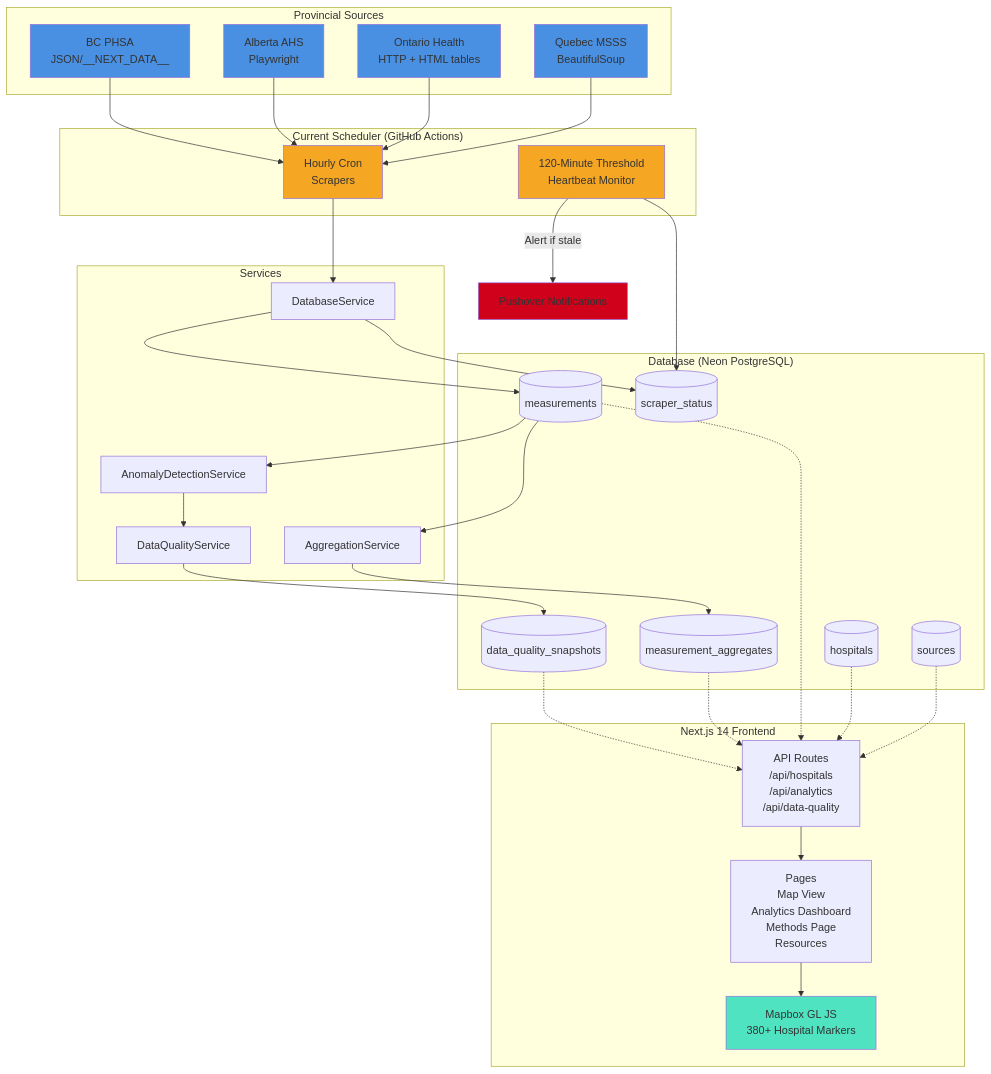
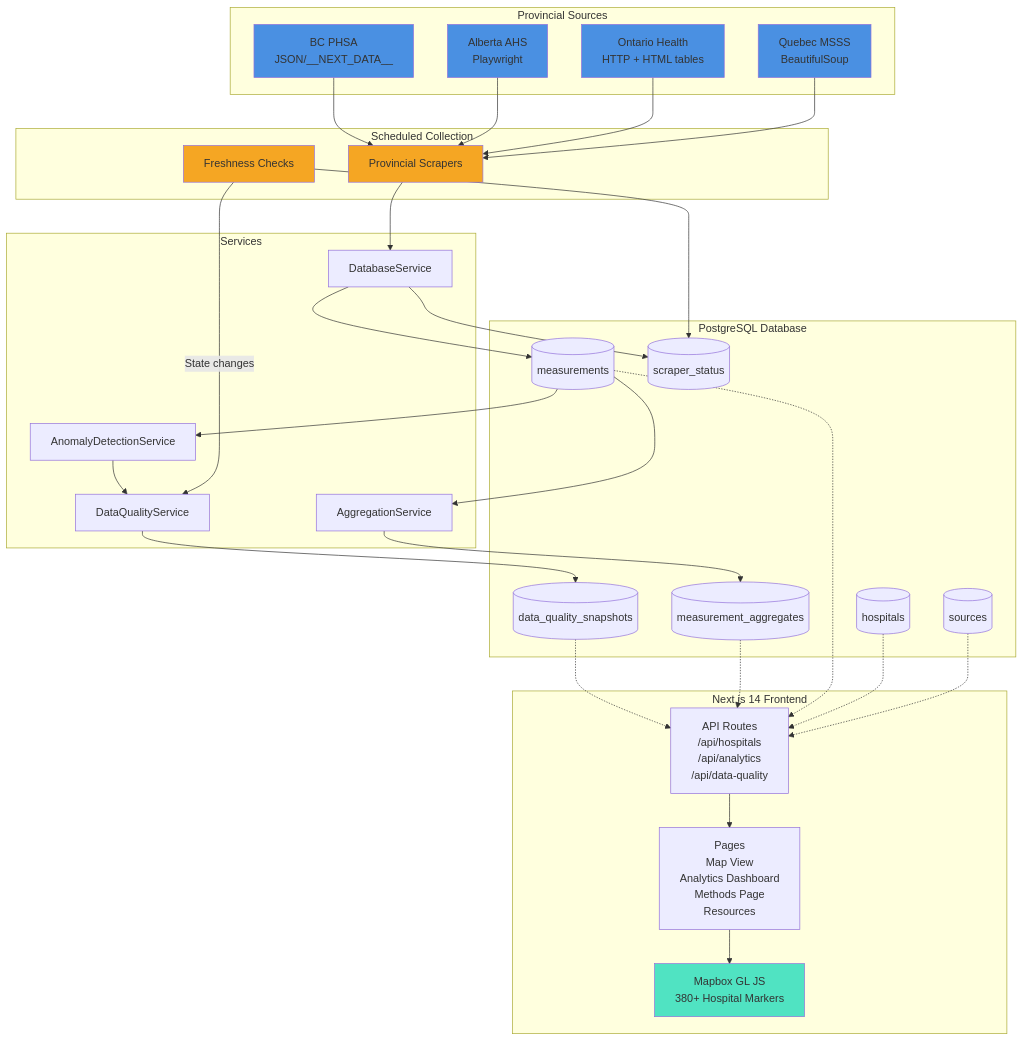
The diagram in README.md (jerdaw/waittimecanada), drawn with Mermaid before and after one commit. The commit also changed other lines of this file and 170 other files, not shown here.

````diff
--- a/README.md
+++ b/README.md
@@ -127,73 +129,72 @@
 ```mermaid
 graph TD
     subgraph "Provincial Sources"
         QC[Quebec MSSS<br/>BeautifulSoup]
         ON[Ontario Health<br/>HTTP + HTML tables]
         AB[Alberta AHS<br/>Playwright]
         BC[BC PHSA<br/>JSON/__NEXT_DATA__]
     end
 
-    subgraph "Current Scheduler (GitHub Actions)"
-        CRON[Hourly Cron<br/>Scrapers]
-        HB[120-Minute Threshold<br/>Heartbeat Monitor]
+    subgraph "Scheduled Collection"
+        CRON[Provincial Scrapers]
+        HB[Freshness Checks]
     end
 
-    subgraph "Database (Neon PostgreSQL)"
+    subgraph "PostgreSQL Database"
         SOURCES[(sources)]
         HOSPITALS[(hospitals)]
         MEASUREMENTS[(measurements)]
         AGGREGATES[(measurement_aggregates)]
         QUALITY[(data_quality_snapshots)]
         STATUS[(scraper_status)]
     end
 
     subgraph "Next.js 14 Frontend"
         API[API Routes<br/>/api/hospitals<br/>/api/analytics<br/>/api/data-quality]
         PAGES[Pages<br/>Map View<br/>Analytics Dashboard<br/>Methods Page<br/>Resources]
         MAP[Mapbox GL JS<br/>380+ Hospital Markers]
     end
 
     subgraph "Services"
         DB_SVC[DatabaseService]
         AGG_SVC[AggregationService]
         DQ_SVC[DataQualityService]
         ANOM_SVC[AnomalyDetectionService]
     end
 
     QC --> CRON
     ON --> CRON
     AB --> CRON
     BC --> CRON
 
     CRON --> DB_SVC
     DB_SVC --> MEASUREMENTS
     DB_SVC --> STATUS
 
     HB --> STATUS
-    HB -->|Alert if stale| PUSHOVER[Pushover Notifications]
+    HB -->|State changes| DQ_SVC
 
     MEASUREMENTS --> AGG_SVC
     AGG_SVC --> AGGREGATES
 
     MEASUREMENTS --> ANOM_SVC
     ANOM_SVC --> DQ_SVC
     DQ_SVC --> QUALITY
 
     SOURCES -.-> API
     HOSPITALS -.-> API
     MEASUREMENTS -.-> API
     AGGREGATES -.-> API
     QUALITY -.-> API
 
     API --> PAGES
     PAGES --> MAP
 
     style QC fill:#4A90E2
     style ON fill:#4A90E2
     style AB fill:#4A90E2
     style BC fill:#4A90E2
     style CRON fill:#F5A623
     style HB fill:#F5A623
-    style PUSHOVER fill:#D0021B
     style MAP fill:#50E3C2
 ```
````
